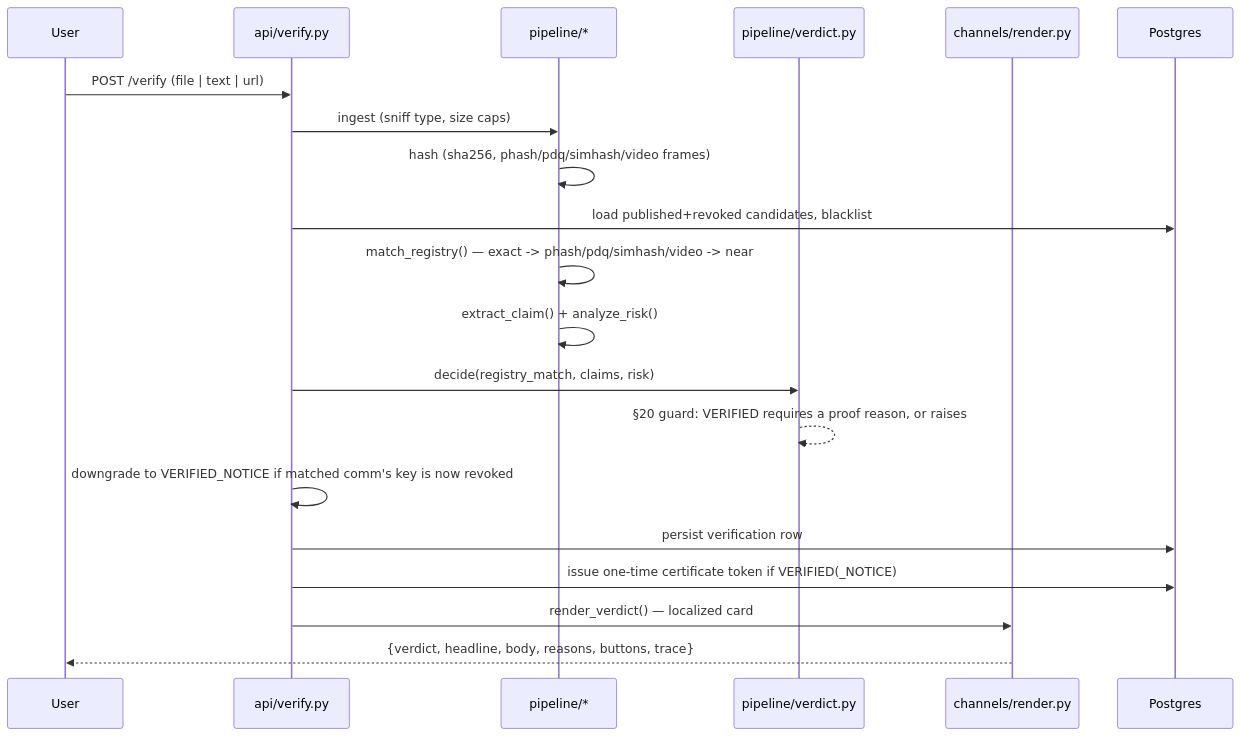
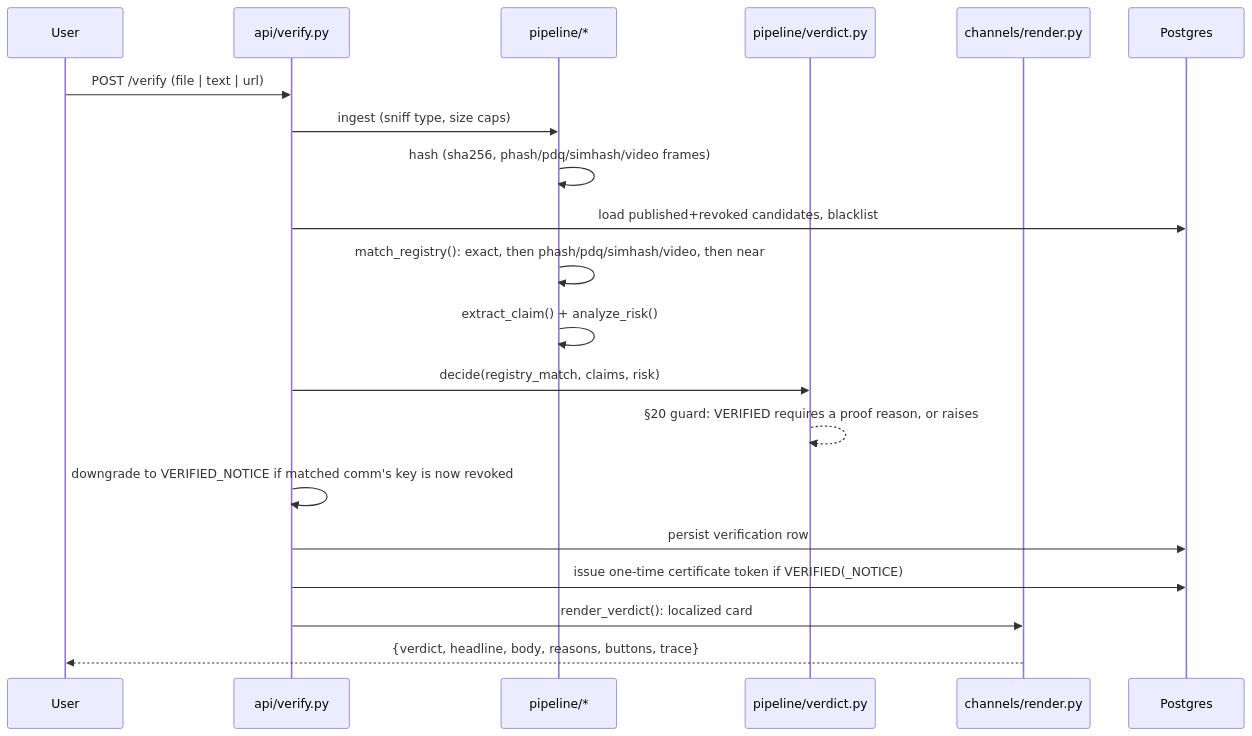
The third of 3 diagrams in docs/ARCHITECTURE.md (Apocalypse3007/trust-rail), drawn with Mermaid before and after one commit. The commit also changed other lines of this file and 6 other files, not shown here.

````diff
--- a/docs/ARCHITECTURE.md
+++ b/docs/ARCHITECTURE.md
@@ -100,23 +100,23 @@
 ```mermaid
 sequenceDiagram
     participant User
     participant VerifyAPI as api/verify.py
     participant Pipeline as pipeline/*
     participant Verdict as pipeline/verdict.py
     participant Render as channels/render.py
     participant DB as Postgres
 
     User->>VerifyAPI: POST /verify (file | text | url)
     VerifyAPI->>Pipeline: ingest (sniff type, size caps)
     Pipeline->>Pipeline: hash (sha256, phash/pdq/simhash/video frames)
     VerifyAPI->>DB: load published+revoked candidates, blacklist
-    Pipeline->>Pipeline: match_registry() — exact -> phash/pdq/simhash/video -> near
+    Pipeline->>Pipeline: match_registry(): exact, then phash/pdq/simhash/video, then near
     Pipeline->>Pipeline: extract_claim() + analyze_risk()
     VerifyAPI->>Verdict: decide(registry_match, claims, risk)
     Verdict-->>Verdict: §20 guard: VERIFIED requires a proof reason, or raises
     VerifyAPI->>VerifyAPI: downgrade to VERIFIED_NOTICE if matched comm's key is now revoked
     VerifyAPI->>DB: persist verification row
     VerifyAPI->>DB: issue one-time certificate token if VERIFIED(_NOTICE)
-    VerifyAPI->>Render: render_verdict() — localized card
+    VerifyAPI->>Render: render_verdict(): localized card
     Render-->>User: {verdict, headline, body, reasons, buttons, trace}
 ```
````
